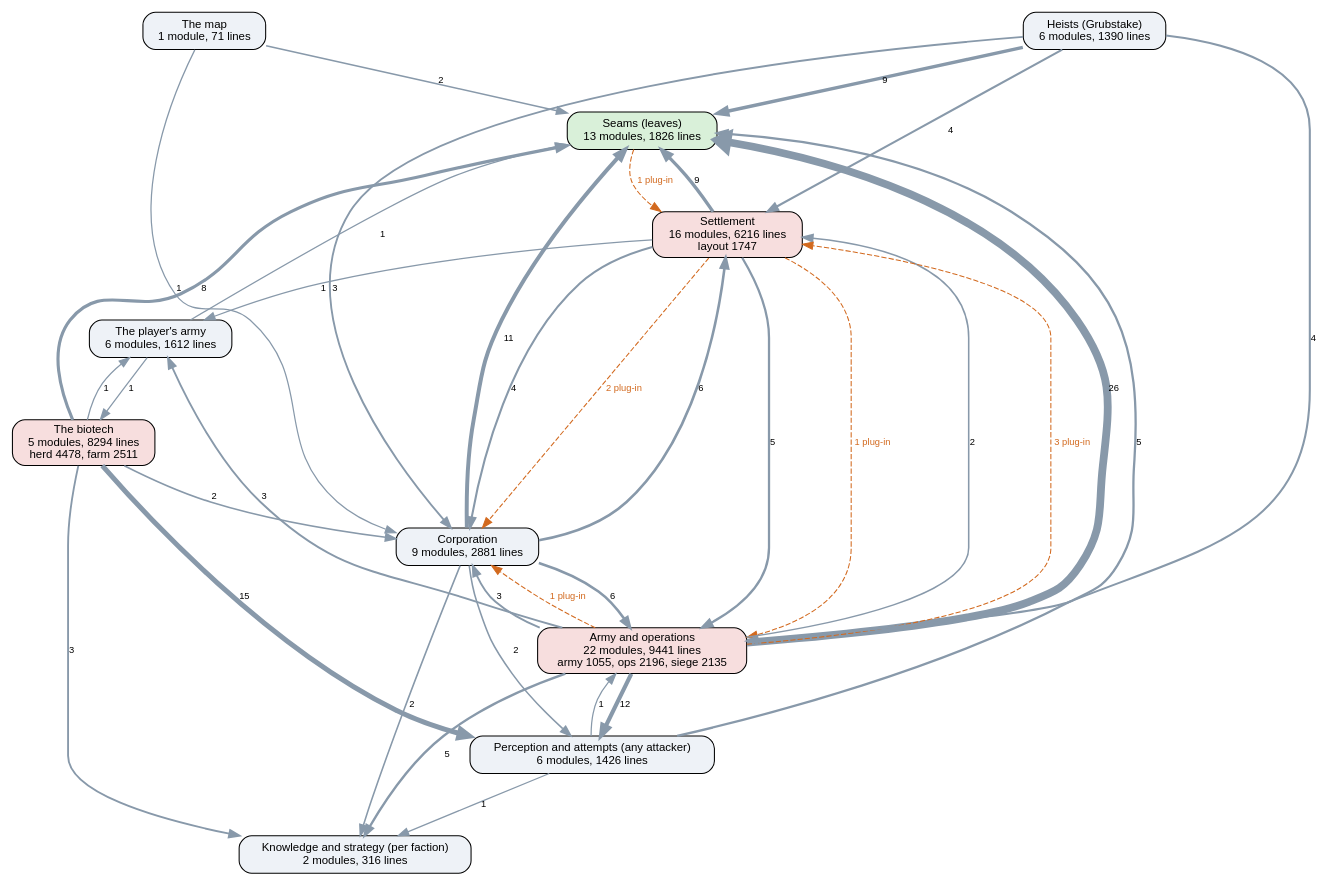
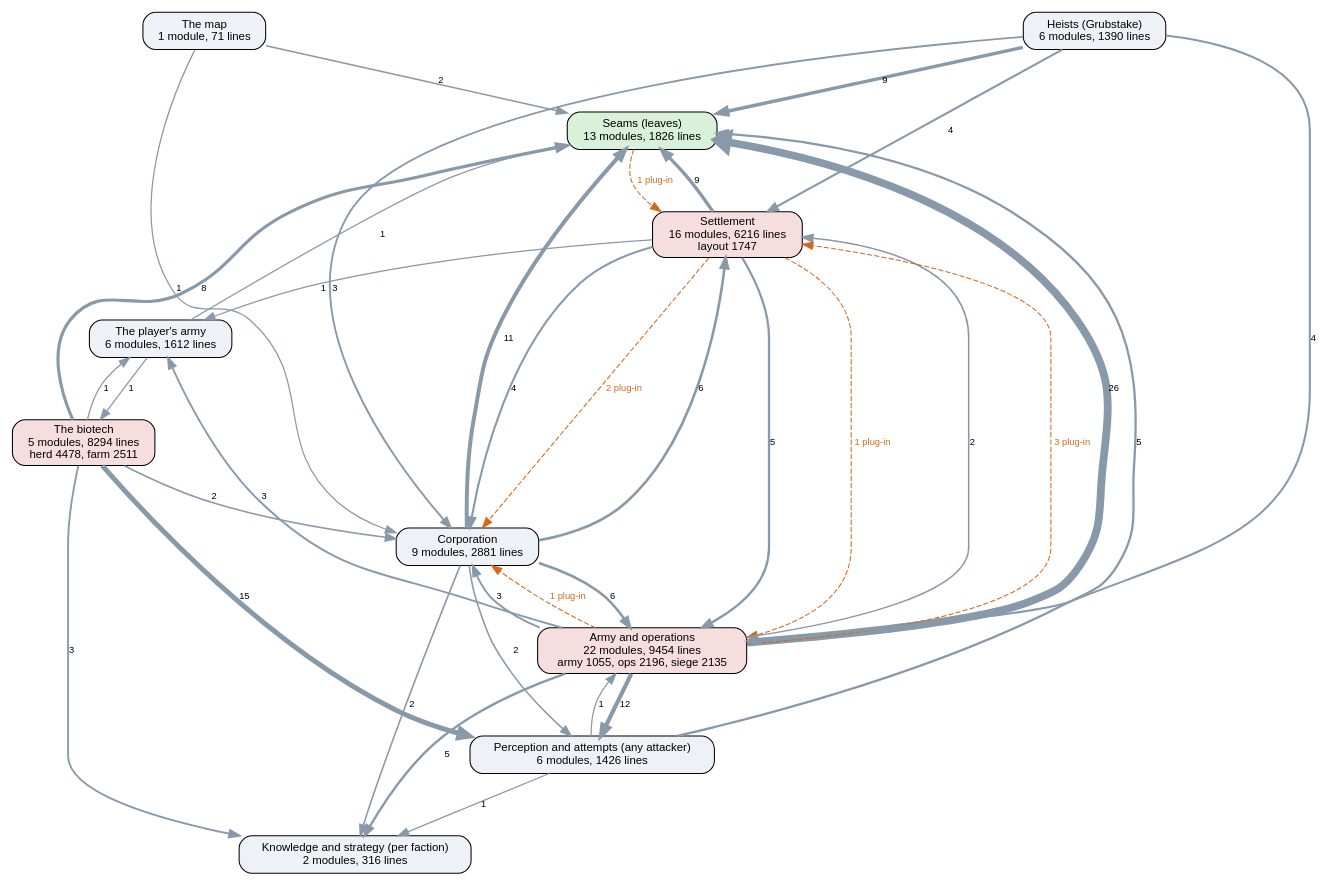
One commit to kinelhu/landing-party changed the diagram in docs/ai-layers.dot. Above: the diagram before and after it, drawn with Graphviz. The commit also changed 9 other files, not shown here.

```diff
--- a/docs/ai-layers.dot
+++ b/docs/ai-layers.dot
@@ -1,51 +1,51 @@
 digraph layers {
   graph [rankdir=TB, fontname="Helvetica", nodesep=0.5, ranksep=0.7];
   node [shape=box, style="rounded,filled", fontname="Helvetica", fontsize=11, fillcolor="#eef2f7"];
   edge [color="#8899aa", fontname="Helvetica", fontsize=9];
   "Seams (leaves)" [label="Seams (leaves)\n13 modules, 1826 lines", fillcolor="#d9f0d9"];
   "Perception and attempts (any attacker)" [label="Perception and attempts (any attacker)\n6 modules, 1426 lines", fillcolor="#eef2f7"];
   "Knowledge and strategy (per faction)" [label="Knowledge and strategy (per faction)\n2 modules, 316 lines", fillcolor="#eef2f7"];
   "Corporation" [label="Corporation\n9 modules, 2881 lines", fillcolor="#eef2f7"];
   "Settlement" [label="Settlement\n16 modules, 6216 lines\nlayout 1747", fillcolor="#f7dede"];
-  "Army and operations" [label="Army and operations\n22 modules, 9441 lines\narmy 1055, ops 2196, siege 2135", fillcolor="#f7dede"];
+  "Army and operations" [label="Army and operations\n22 modules, 9454 lines\narmy 1055, ops 2196, siege 2135", fillcolor="#f7dede"];
   "Heists (Grubstake)" [label="Heists (Grubstake)\n6 modules, 1390 lines", fillcolor="#eef2f7"];
   "The biotech" [label="The biotech\n5 modules, 8294 lines\nherd 4478, farm 2511", fillcolor="#f7dede"];
   "The map" [label="The map\n1 module, 71 lines", fillcolor="#eef2f7"];
   "The player's army" [label="The player's army\n6 modules, 1612 lines", fillcolor="#eef2f7"];
   "Army and operations" -> "Corporation" [label="3", penwidth=1.8];
   "Army and operations" -> "Knowledge and strategy (per faction)" [label="5", penwidth=2.2];
   "Army and operations" -> "Perception and attempts (any attacker)" [label="12", penwidth=4.0];
   "Army and operations" -> "Seams (leaves)" [label="26", penwidth=7.5];
   "Army and operations" -> "Settlement" [label="2", penwidth=1.5];
   "Army and operations" -> "The player's army" [label="3", penwidth=1.8];
   "Corporation" -> "Army and operations" [label="6", penwidth=2.5];
   "Corporation" -> "Knowledge and strategy (per faction)" [label="2", penwidth=1.5];
   "Corporation" -> "Perception and attempts (any attacker)" [label="2", penwidth=1.5];
   "Corporation" -> "Seams (leaves)" [label="11", penwidth=3.8];
   "Corporation" -> "Settlement" [label="6", penwidth=2.5];
   "Heists (Grubstake)" -> "Army and operations" [label="4", penwidth=2.0];
   "Heists (Grubstake)" -> "Corporation" [label="3", penwidth=1.8];
   "Heists (Grubstake)" -> "Seams (leaves)" [label="9", penwidth=3.2];
   "Heists (Grubstake)" -> "Settlement" [label="4", penwidth=2.0];
   "Perception and attempts (any attacker)" -> "Army and operations" [label="1", penwidth=1.2];
   "Perception and attempts (any attacker)" -> "Knowledge and strategy (per faction)" [label="1", penwidth=1.2];
   "Perception and attempts (any attacker)" -> "Seams (leaves)" [label="5", penwidth=2.2];
   "Settlement" -> "Army and operations" [label="5", penwidth=2.2];
   "Settlement" -> "Corporation" [label="4", penwidth=2.0];
   "Settlement" -> "Seams (leaves)" [label="9", penwidth=3.2];
   "Settlement" -> "The player's army" [label="1", penwidth=1.2];
   "The biotech" -> "Corporation" [label="2", penwidth=1.5];
   "The biotech" -> "Knowledge and strategy (per faction)" [label="3", penwidth=1.8];
   "The biotech" -> "Perception and attempts (any attacker)" [label="15", penwidth=4.8];
   "The biotech" -> "Seams (leaves)" [label="8", penwidth=3.0];
   "The biotech" -> "The player's army" [label="1", penwidth=1.2];
   "The map" -> "Corporation" [label="1", penwidth=1.2];
   "The map" -> "Seams (leaves)" [label="2", penwidth=1.5];
   "The player's army" -> "Seams (leaves)" [label="1", penwidth=1.2];
   "The player's army" -> "The biotech" [label="1", penwidth=1.2];
   "Army and operations" -> "Corporation" [style=dashed, color="#d2691e", fontcolor="#d2691e", label="1 plug-in"];
   "Army and operations" -> "Settlement" [style=dashed, color="#d2691e", fontcolor="#d2691e", label="3 plug-in"];
   "Seams (leaves)" -> "Settlement" [style=dashed, color="#d2691e", fontcolor="#d2691e", label="1 plug-in"];
   "Settlement" -> "Army and operations" [style=dashed, color="#d2691e", fontcolor="#d2691e", label="1 plug-in"];
   "Settlement" -> "Corporation" [style=dashed, color="#d2691e", fontcolor="#d2691e", label="2 plug-in"];
 }
```
